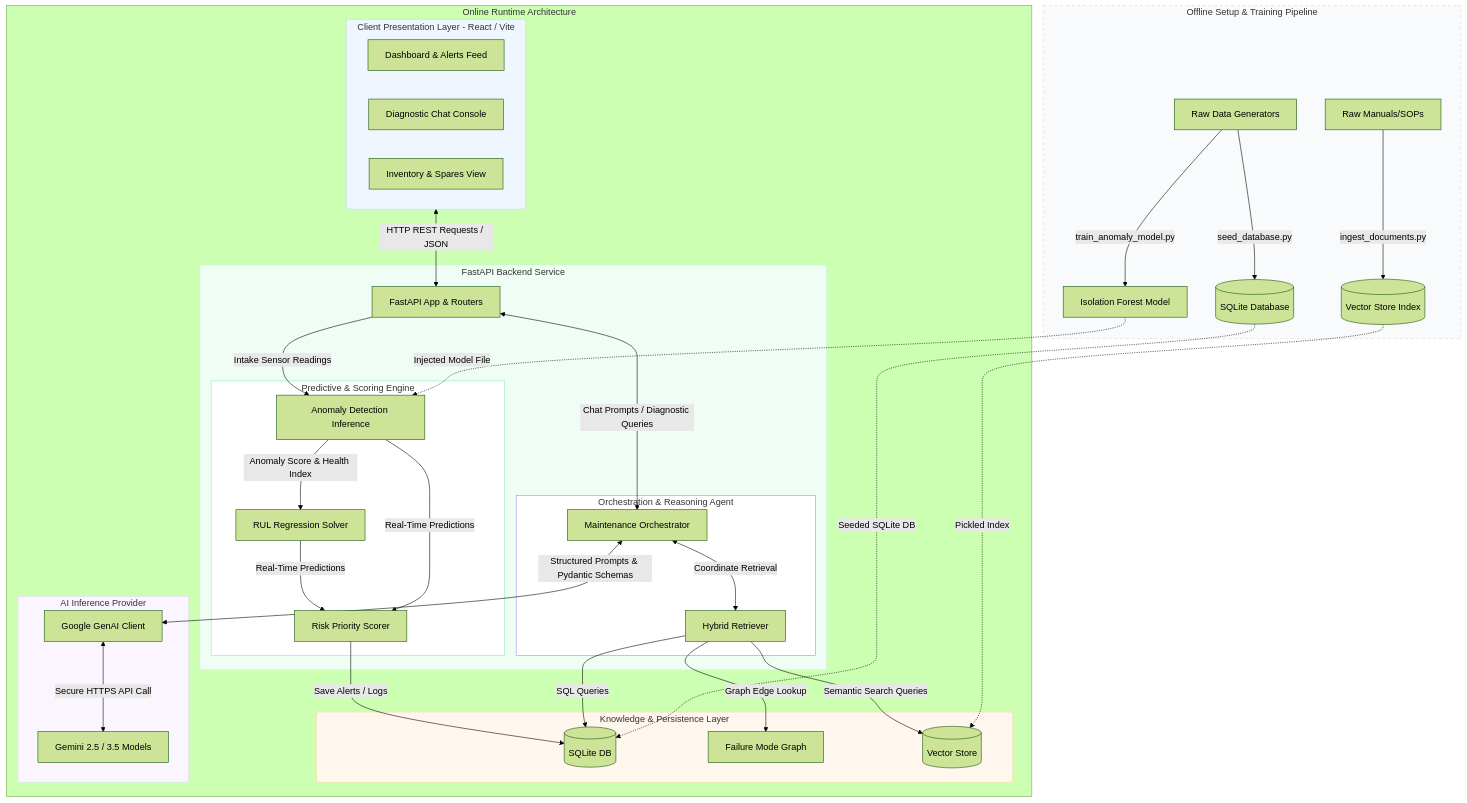
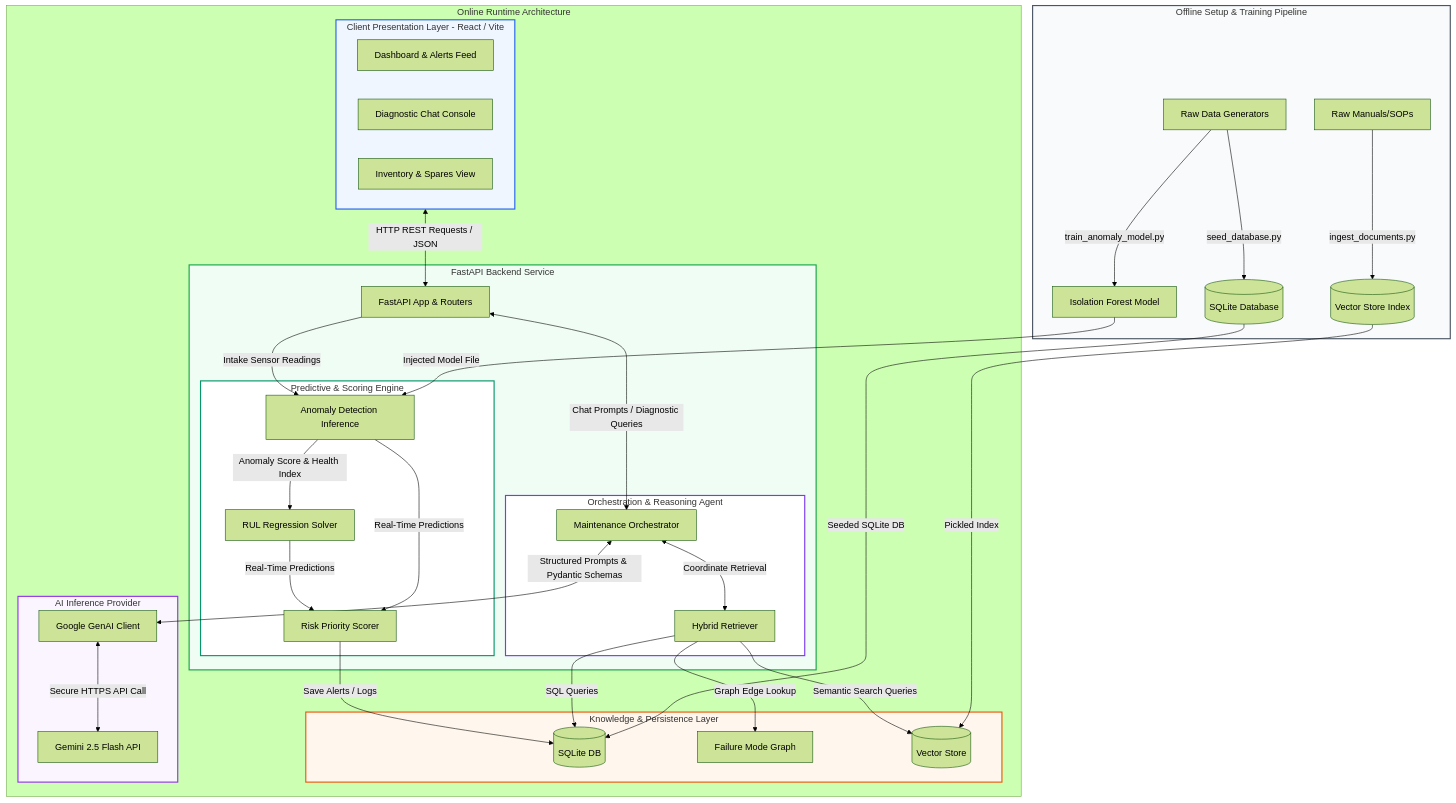
One commit to abhisatwika26/steelmaintenance2 changed the first of 2 diagrams in README.md. Above: the diagram before and after it, drawn with Mermaid (forest theme).

Commit message:
Enhance README diagram contrast and specify Gemini 2.5 Flash API

````diff
--- a/README.md
+++ b/README.md
@@ -14,7 +14,7 @@
 graph TB
     %% Offline Pipelines (Offline / Build-Time Setup)
     subgraph Offline [Offline Setup & Training Pipeline]
-        style Offline fill:#f9fafb,stroke:#d1d5db,stroke-width:1px,stroke-dasharray: 5 5
+        style Offline fill:#f9fafb,stroke:#4b5563,stroke-width:2px
         OP1[Raw Manuals/SOPs] -->|ingest_documents.py| OP2[(Vector Store Index)]
         OP3[Raw Data Generators] -->|seed_database.py| OP4[(SQLite Database)]
         OP3 -->|train_anomaly_model.py| OP5[Isolation Forest Model]
@@ -25,7 +25,7 @@
         
         %% Presentation Layer
         subgraph Client [Client Presentation Layer - React / Vite]
-            style Client fill:#eff6ff,stroke:#bfdbfe,stroke-width:1px
+            style Client fill:#eff6ff,stroke:#2563eb,stroke-width:2px
             UI_Dash[Dashboard & Alerts Feed]
             UI_Chat[Diagnostic Chat Console]
             UI_Admin[Inventory & Spares View]
@@ -33,18 +33,18 @@
 
         %% Backend Services
         subgraph Backend [FastAPI Backend Service]
-            style Backend fill:#f0fdf4,stroke:#bbf7d0,stroke-width:1px
+            style Backend fill:#f0fdf4,stroke:#16a34a,stroke-width:2px
             API_R[FastAPI App & Routers]
             
             subgraph ML_Eng [Predictive & Scoring Engine]
-                style ML_Eng fill:#ffffff,stroke:#86efac,stroke-width:1px
+                style ML_Eng fill:#ffffff,stroke:#059669,stroke-width:2px
                 IF_Inf[Anomaly Detection Inference]
                 RUL_Est[RUL Regression Solver]
                 Risk_Pri[Risk Priority Scorer]
             end
             
             subgraph RAG_Eng [Orchestration & Reasoning Agent]
-                style RAG_Eng fill:#ffffff,stroke:#a78bfa,stroke-width:1px
+                style RAG_Eng fill:#ffffff,stroke:#7c3aed,stroke-width:2px
                 Agent_O[Maintenance Orchestrator]
                 Retr_H[Hybrid Retriever]
             end
@@ -52,7 +52,7 @@
 
         %% Storage / Knowledge Base
         subgraph Storage [Knowledge & Persistence Layer]
-            style Storage fill:#fff7ed,stroke:#fed7aa,stroke-width:1px
+            style Storage fill:#fff7ed,stroke:#ea580c,stroke-width:2px
             DB[(SQLite DB)]
             KB[Failure Mode Graph]
             VS[(Vector Store)]
@@ -60,9 +60,9 @@
 
         %% External LLM Service
         subgraph AI_Model [AI Inference Provider]
-            style AI_Model fill:#faf5ff,stroke:#e9d5ff,stroke-width:1px
+            style AI_Model fill:#faf5ff,stroke:#9333ea,stroke-width:2px
             Gemini_Client[Google GenAI Client]
-            Gemini[Gemini 2.5 / 3.5 Models]
+            Gemini[Gemini 2.5 Flash API]
         end
     end
 
@@ -89,7 +89,7 @@
     Gemini_Client <-->|Secure HTTPS API Call| Gemini
 
     %% Link Offline assets to runtime
-    OP5 -.->|Injected Model File| IF_Inf
-    OP4 -.->|Seeded SQLite DB| DB
-    OP2 -.->|Pickled Index| VS
+    OP5 -->|Injected Model File| IF_Inf
+    OP4 -->|Seeded SQLite DB| DB
+    OP2 -->|Pickled Index| VS
 ```
````
